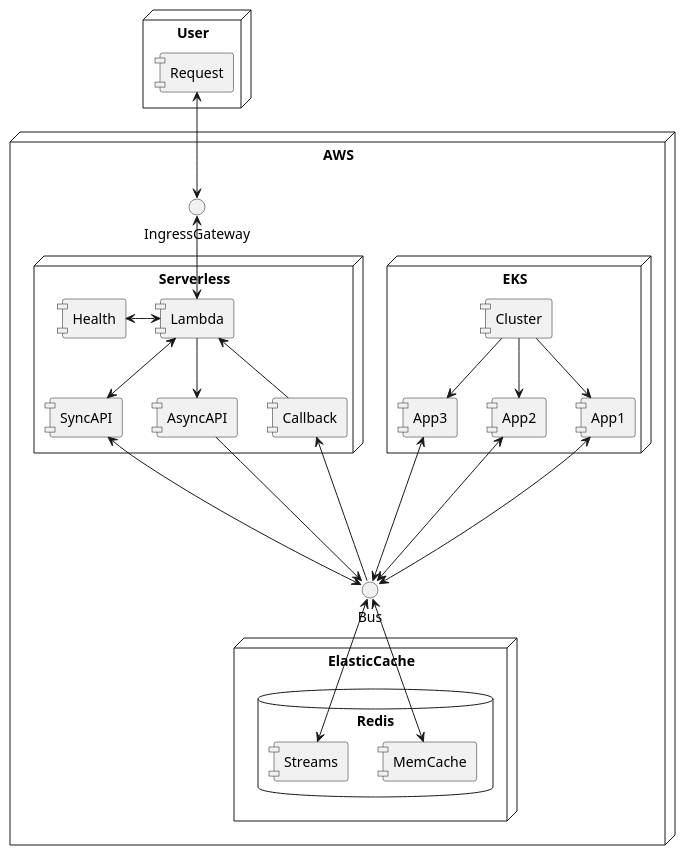
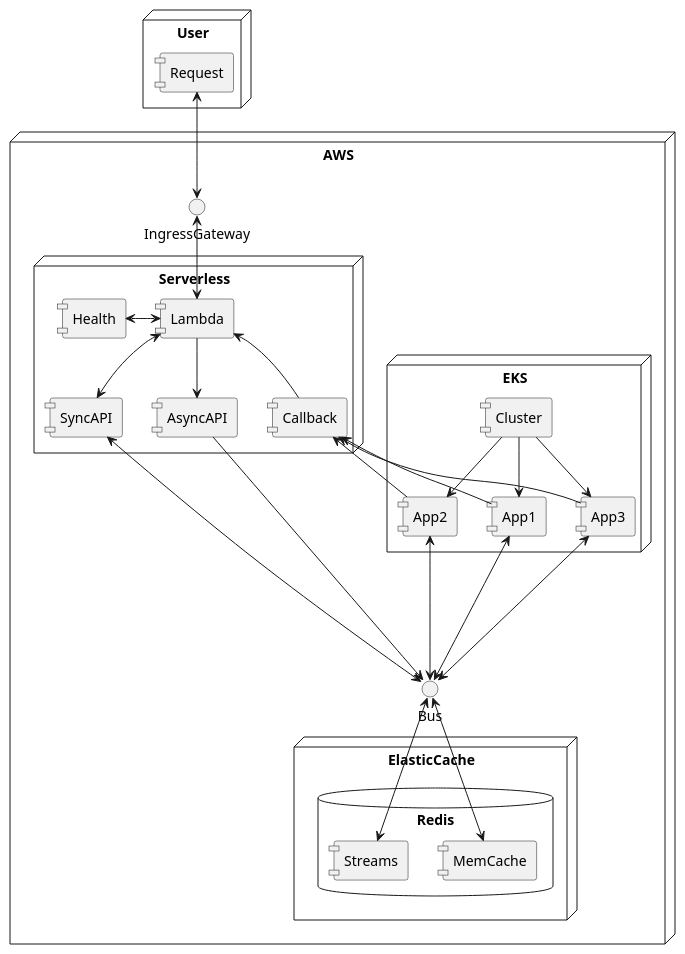
The diagram in arch/app.pu (Jimmy1500/dss), drawn with PlantUML before and after one commit. The commit also changed 2 other files, not shown here.

```diff
--- a/arch/app.pu
+++ b/arch/app.pu
@@ -1,55 +1,58 @@
 @startuml app
 skinparam ComponentStyle uml1
 
 node User {
     component Request
 }
 
 node AWS {
     interface IngressGateway
     interface Bus
     node EKS {
         component Cluster  
         component App1
         component App2
         component App3
     } 
     node Serverless {
         component Lambda
         component Health
         component SyncAPI
         component AsyncAPI
         component Callback
     }
     node ElasticCache {
         database Redis {
             component MemCache
             component Streams
         }
     }
 }
 
 Request <-down-> IngressGateway
 Lambda  <-up-> IngressGateway 
 
 Lambda <-left->  Health
 Lambda <-down->  SyncAPI
 Lambda -down->   AsyncAPI
 Lambda <-down-   Callback
 
 Cluster -down->  App1
 Cluster -down->  App2
 Cluster -down->  App3
 
-SyncAPI  <-down--> Bus
-AsyncAPI -down-->  Bus
-Callback <--down-  Bus
+SyncAPI  <--down--> Bus
+AsyncAPI --down-->  Bus
 
-Bus     <--up->  App1
-Bus     <--up->  App2
-Bus     <--up->  App3
+Callback <-- App1
+Callback <-- App2
+Callback <-- App3
+
+Bus <--up->  App1
+Bus <--up->  App2
+Bus <--up->  App3
 
 Bus <-down-> Streams
 Bus <-down-> MemCache
 
 @enduml
```
